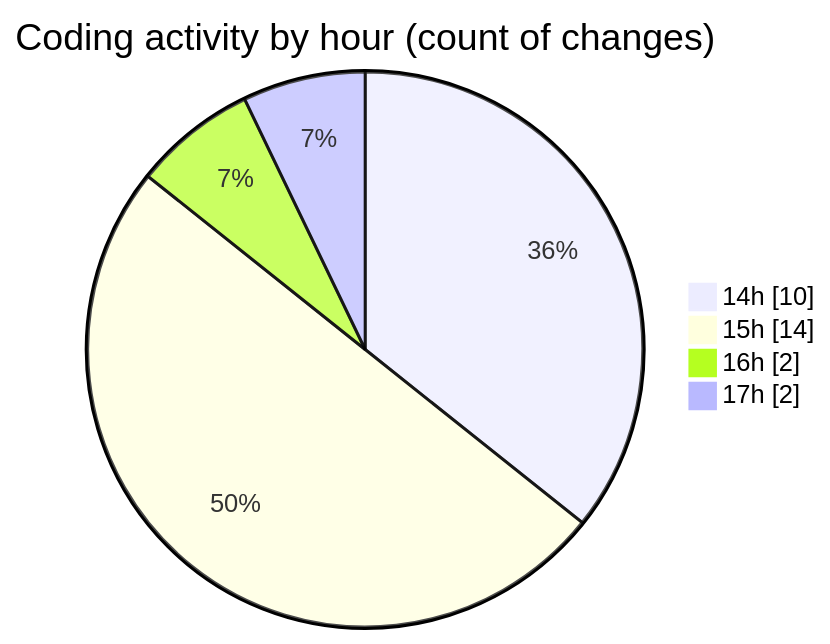
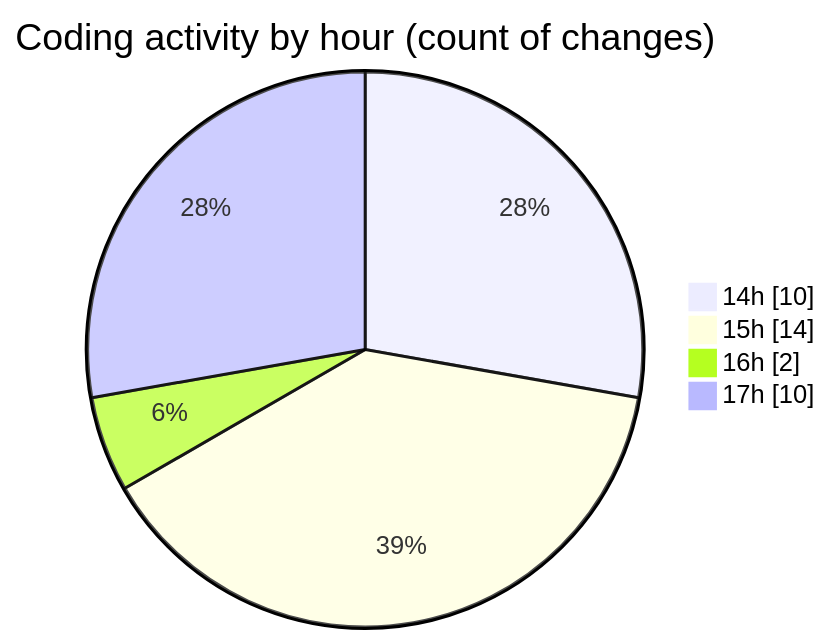
The second of 2 diagrams in 2025-09-11/nxtqube_webapp/README.md (nxtqubesakshisongat/code-tracking), drawn with Mermaid before and after one commit. The commit also changed other lines of this file and 1 other file, not shown here.

````diff
--- a/2025-09-11/nxtqube_webapp/README.md
+++ b/2025-09-11/nxtqube_webapp/README.md
@@ -34,8 +35,8 @@
 ```mermaid
 pie showData
 title Coding activity by hour (count of changes)
 "14h" : 10
 "15h" : 14
 "16h" : 2
-"17h" : 2
+"17h" : 10
 ```
````
